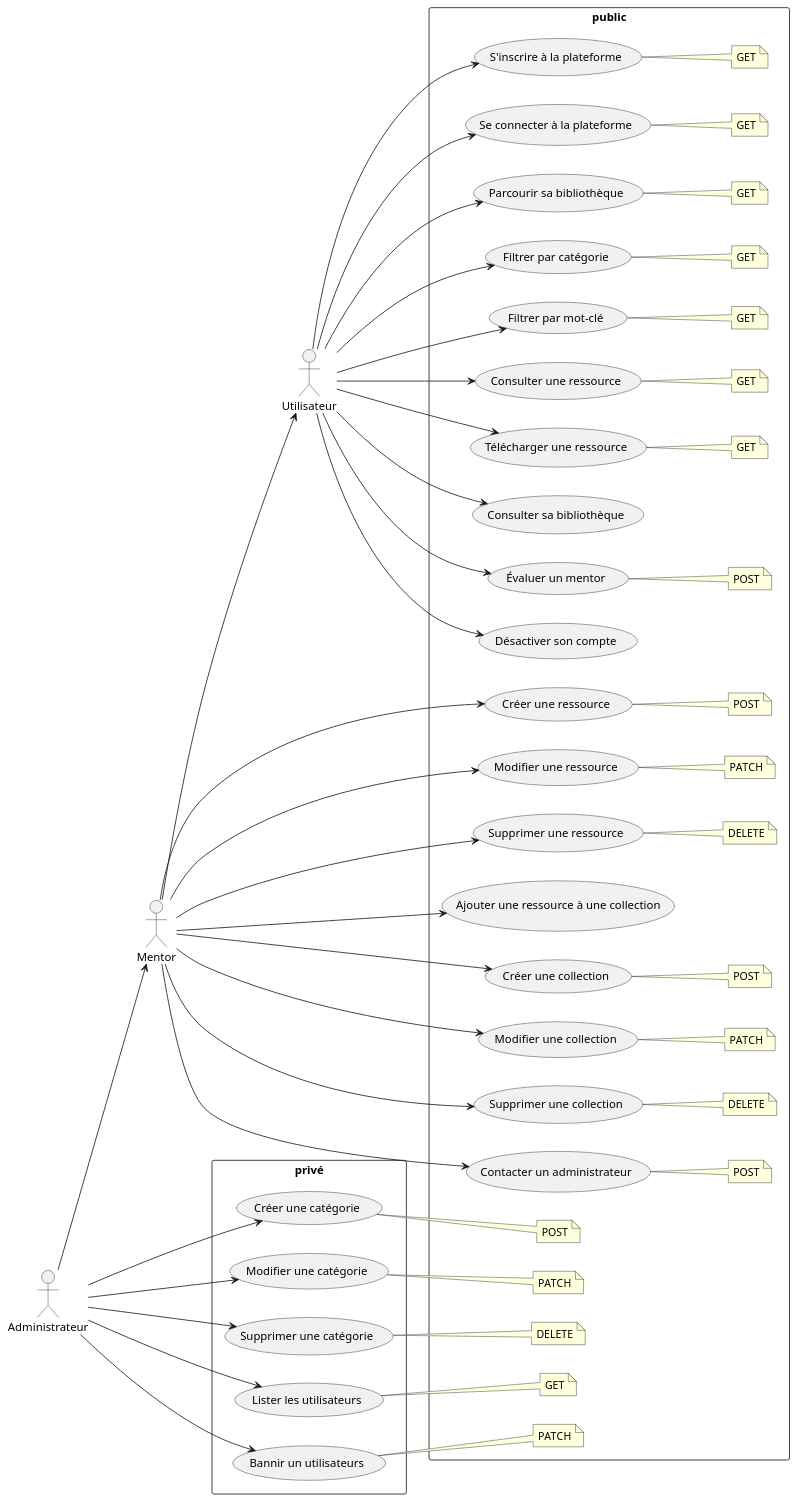
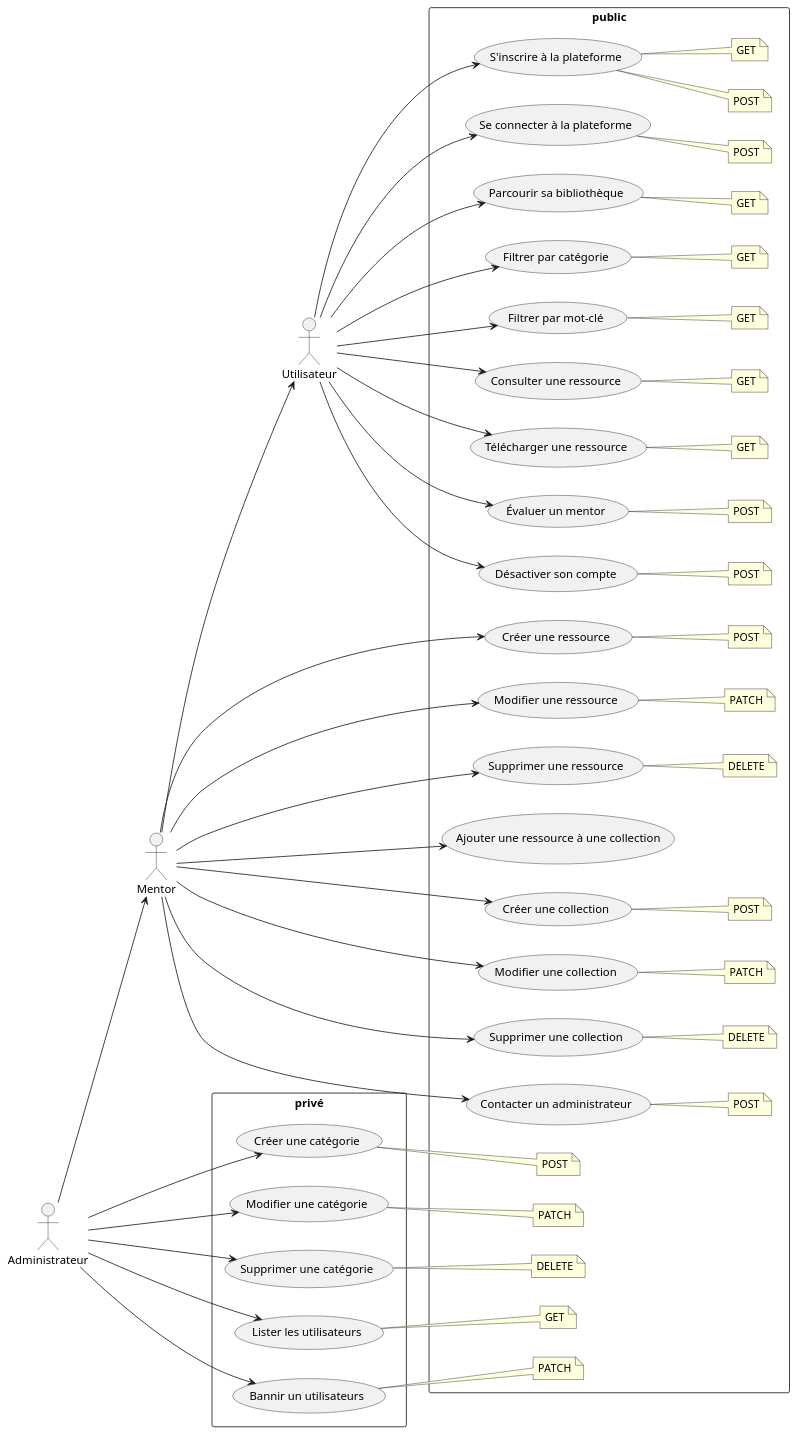
Before and after one commit to EmileDevGit/projet-final-api: the diagram in docs/diagrammes/usecases.puml, drawn with PlantUML.

Commit message:
Ajustement du diagramme des cas d'utilisation

```diff
--- a/docs/diagrammes/usecases.puml
+++ b/docs/diagrammes/usecases.puml
@@ -1,107 +1,136 @@
 @startuml
 left to right direction
  
 actor Utilisateur
 actor Mentor
 actor Administrateur
  
 rectangle "public"{
 Utilisateur --> (S'inscrire à la plateforme)
 Utilisateur --> (Se connecter à la plateforme)
 Utilisateur --> (Parcourir sa bibliothèque)
 Utilisateur --> (Filtrer par catégorie)
 Utilisateur --> (Filtrer par mot-clé)
 Utilisateur --> (Consulter une ressource)
 Utilisateur --> (Télécharger une ressource)
-Utilisateur --> (Consulter sa bibliothèque)
 Utilisateur --> (Évaluer un mentor)
 Utilisateur --> (Désactiver son compte)
  
  
 Mentor --> (Créer une ressource)
 Mentor --> (Modifier une ressource)
 Mentor --> (Supprimer une ressource)
 Mentor --> (Ajouter une ressource à une collection)
 Mentor --> (Créer une collection)
 Mentor --> (Modifier une collection)
 Mentor --> (Supprimer une collection)
 Mentor --> (Contacter un administrateur)
 }
  
 rectangle "privé"{
 Administrateur --> (Créer une catégorie)
 Administrateur --> (Modifier une catégorie)
 Administrateur --> (Supprimer une catégorie)
 Administrateur --> (Lister les utilisateurs)
 Administrateur --> (Bannir un utilisateurs)
+}
+
 rectangle "public"{
  
 Administrateur --> Mentor
 Mentor --> Utilisateur
- note right of (Se connecter à la plateforme)
+
+note right of (Désactiver son compte)
+  POST
+end note
+
+note right of (S'inscrire à la plateforme)
+  POST
+end note
+
+note right of (Se connecter à la plateforme)
+  POST
+end note
+
+note right of (S'inscrire à la plateforme)
   GET
 end note
- note right of (S'inscrire à la plateforme)
-  GET
-end note
+
 note right of (Parcourir sa bibliothèque)
   GET
 end note
+
 note right of (Filtrer par catégorie)
   GET
 end note
+
 note right of (Filtrer par mot-clé)
   GET
 end note
+
 note right of (Consulter une ressource)
   GET
 end note
+
 note right of (Télécharger une ressource)
   GET
 end note
+
 note right of (Évaluer un mentor)
   POST
 end note
  
  
 note right of (Créer une ressource) 
   POST
 end note
+
 note right of (Modifier une ressource) 
   PATCH
 end note
+
 note right of (Supprimer une ressource) 
   DELETE
 end note
+
 note right of (Créer une collection) 
   POST
 end note
+
 note right of (Modifier une collection) 
   PATCH
 end note
+
 note right of (Supprimer une collection) 
   DELETE
 end note
+
 note right of (Contacter un administrateur) 
   POST
 end note
  
  
  
 note right of (Créer une catégorie) 
   POST
 end note
+
 note right of (Modifier une catégorie) 
   PATCH
 end note
+
 note right of (Supprimer une catégorie) 
   DELETE
 end note
+
 note right of (Lister les utilisateurs) 
   GET
 end note
+
 note right of (Bannir un utilisateurs) 
   PATCH
 end note
- 
+
+}
+
 @enduml
```
